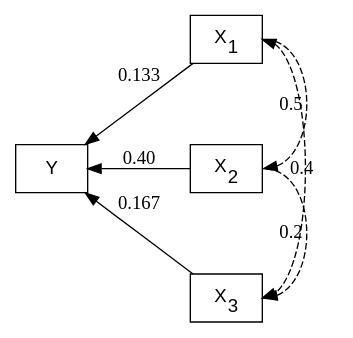
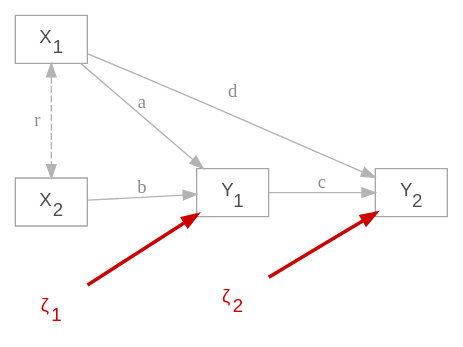
Diagram 24 of 26 in 5_Slides/Intro_to_SEM_part1.qmd (pennekampster/Swiss_SEM), drawn with Graphviz before and after one commit. The commit also changed other lines of this file and 5 other files, not shown here.

````diff
--- a/5_Slides/Intro_to_SEM_part1.qmd
+++ b/5_Slides/Intro_to_SEM_part1.qmd
@@ -1363,33 +1291,20 @@
 ```{dot}
-//| fig-width: 4
-//| fig-height: 4
-
+//| fig-width: 5.0
+//| fig-height: 2.8
 digraph {
-
-  # a 'graph' statement
-  graph [overlap = false, fontsize = 10, layout = dot, ranksep = .5,
-       rankdir = RL]
-
-  # 'node' statements
-  node [shape = box,
-        fontname = Helvetica]
-  Y
-  X1 [label = <X<SUB>1</SUB>>]
-  X2 [label = <X<SUB>2</SUB>>]
-  X3 [label = <X<SUB>3</SUB>>]
-  
-
-  # 'edge' statements
-  X1 -> Y [label = "0.133"]
-  X2 -> Y [label = "0.40"]
-  X3 -> Y [label = "0.167"]
-  
-  X1:w -> X2:w [dir=both, style="dashed", label = "0.5"]
-  X2:w -> X3:w [dir=both, style="dashed", label = "0.2"]
-  X1:e -> X3:e [dir=both, minlen = 4, style="dashed", label = "0.4"]
-  
- # control the placement of elements on the graph 
-{rank = same; X1 ; X2; X3}
-
+  graph [rankdir = LR, fontsize = 14, ranksep = 1.0, nodesep = 0.6]
+  node [shape = box, fontname = Helvetica, color = "gray65", fontcolor = "gray30"]
+  X1 [label = <X<SUB>1</SUB>>]; X2 [label = <X<SUB>2</SUB>>]
+  Y1 [label = <Y<SUB>1</SUB>>]; Y2 [label = <Y<SUB>2</SUB>>]
+  node [shape = plaintext, fontname = Helvetica, color = "#cc0000", fontcolor = "#cc0000"]
+  z1 [label = <&zeta;<SUB>1</SUB>>]; z2 [label = <&zeta;<SUB>2</SUB>>]
+  edge [color = "gray70", fontcolor = "gray55"]
+  X1 -> Y1 [label = "a"]; X2 -> Y1 [label = "b"]
+  Y1 -> Y2 [label = "c"]; X1 -> Y2 [label = "d"]
+  X1 -> X2 [dir = both, constraint = false, label = "r", style = dashed]
+  z1 -> Y1 [color = "#cc0000", penwidth = 2.6]
+  z2 -> Y2 [color = "#cc0000", penwidth = 2.6]
+  {rank = min; X1; X2}
+  {rank = max; Y2}
 }
 ```
````
